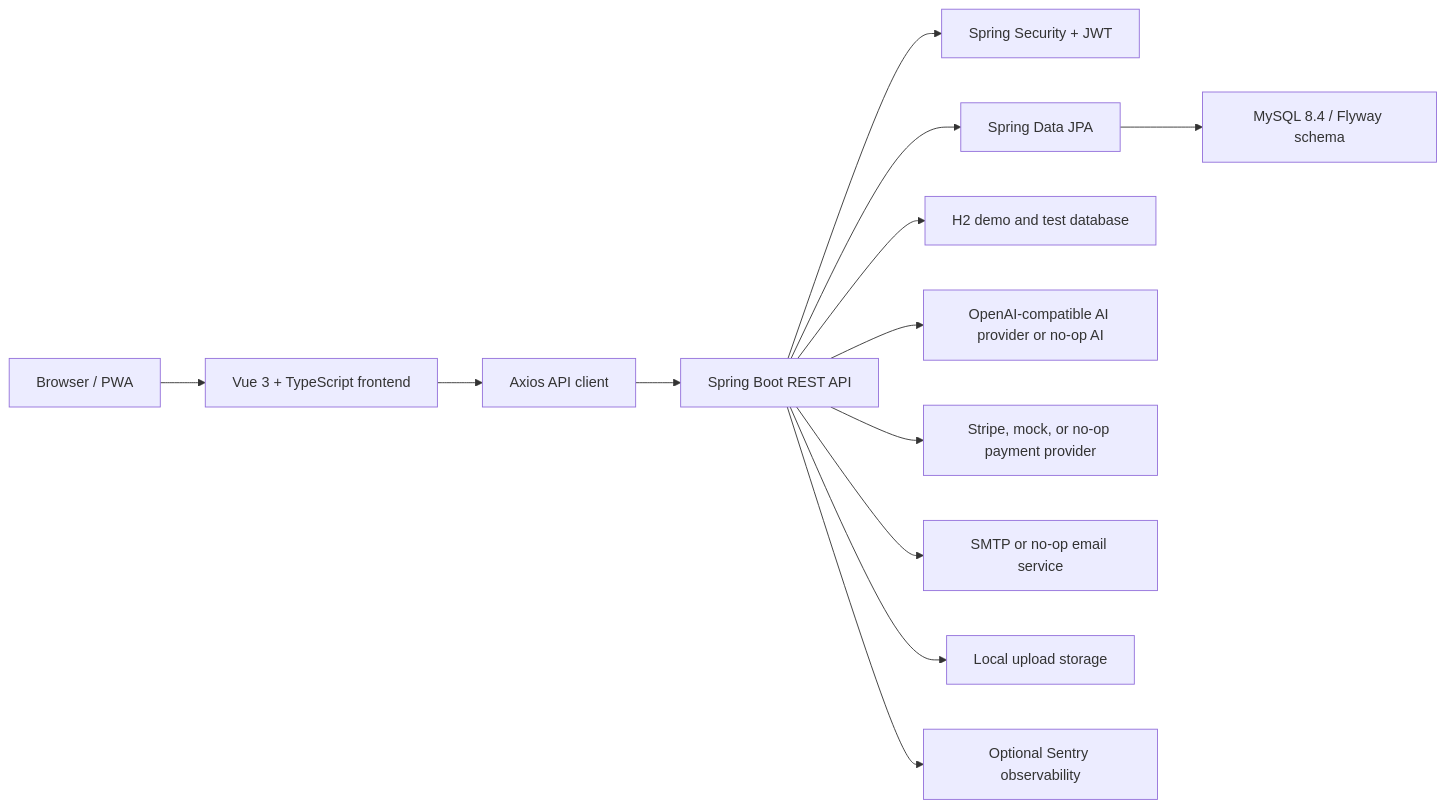
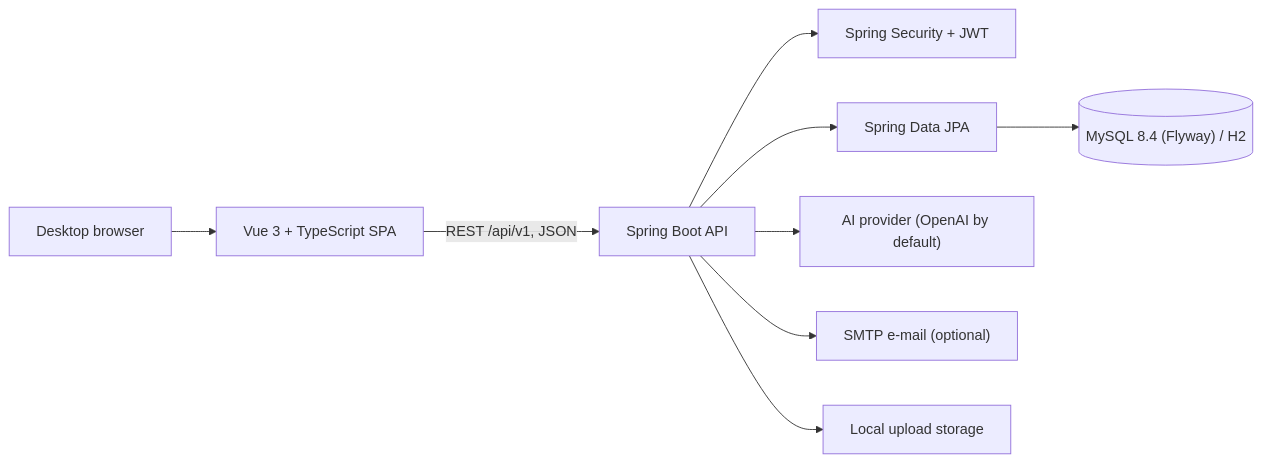
One commit to 218451LIJIAQI/AI-Powered-Interactive-Chinese-Learning-Platform-for-Young-Learners changed the diagram in README.md. Above: the diagram before and after it, drawn with Mermaid. The commit also changed other lines of this file and 1495 other files, not shown here.

````diff
--- a/README.md
+++ b/README.md
@@ -108,15 +139,11 @@
 ```mermaid
 flowchart LR
-  Browser["Browser / PWA"] --> Vue["Vue 3 + TypeScript frontend"]
-  Vue --> Axios["Axios API client"]
-  Axios --> Spring["Spring Boot REST API"]
+  Browser["Desktop browser"] --> Vue["Vue 3 + TypeScript SPA"]
+  Vue -->|REST /api/v1, JSON| Spring["Spring Boot API"]
   Spring --> Security["Spring Security + JWT"]
-  Spring --> Jpa["Spring Data JPA"]
-  Jpa --> MySQL["MySQL 8.4 / Flyway schema"]
-  Spring --> H2["H2 demo and test database"]
-  Spring --> AI["OpenAI-compatible AI provider or no-op AI"]
-  Spring --> Payment["Stripe, mock, or no-op payment provider"]
-  Spring --> Mail["SMTP or no-op email service"]
-  Spring --> Storage["Local upload storage"]
-  Spring --> Sentry["Optional Sentry observability"]
+  Spring --> JPA["Spring Data JPA"]
+  JPA --> DB[("MySQL 8.4 (Flyway) / H2")]
+  Spring --> AI["AI provider (OpenAI by default)"]
+  Spring --> Mail["SMTP e-mail (optional)"]
+  Spring --> Files["Local upload storage"]
 ```
````
